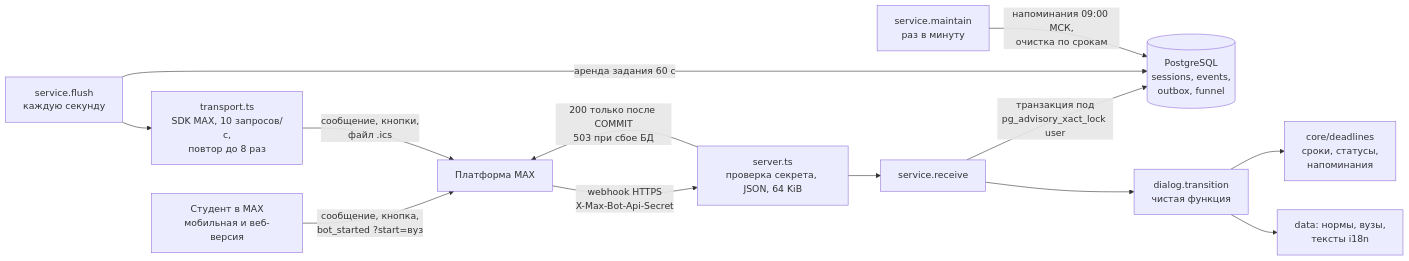
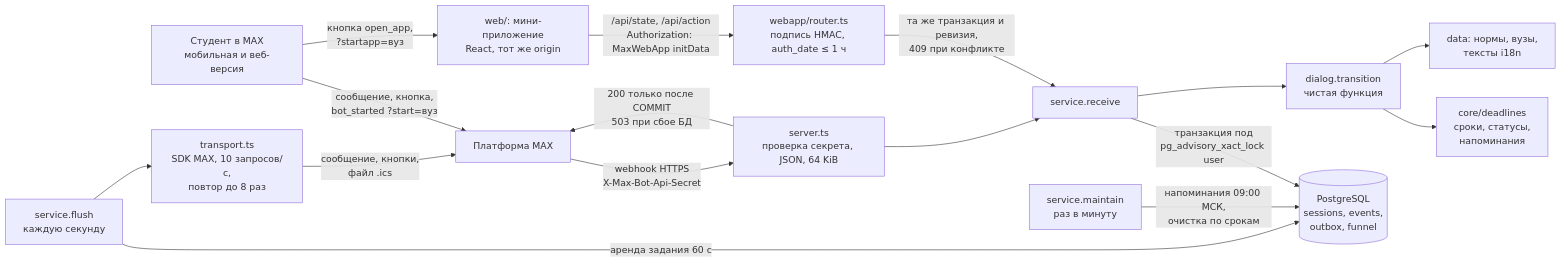
Before and after one commit to Ivana-banana/MAX: the diagram in docs/architecture.md, drawn with Mermaid. The commit also changed 30 other files, not shown here.

````diff
--- a/docs/architecture.md
+++ b/docs/architecture.md
@@ -18,15 +18,18 @@
 ```mermaid
 flowchart LR
     U[Студент в MAX<br/>мобильная и веб-версия] -- сообщение, кнопка,<br/>bot_started ?start=вуз --> MAX[Платформа MAX]
     MAX -- webhook HTTPS<br/>X-Max-Bot-Api-Secret --> S[server.ts<br/>проверка секрета, JSON, 64 KiB]
     S --> P[service.receive]
     P -->|транзакция под<br/>pg_advisory_xact_lock user| DB[(PostgreSQL<br/>sessions, events,<br/>outbox, funnel)]
     P --> D[dialog.transition<br/>чистая функция]
     D --> CORE[core/deadlines<br/>сроки, статусы,<br/>напоминания]
     D --> DATA[data: нормы, вузы,<br/>тексты i18n]
     S -- 200 только после COMMIT<br/>503 при сбое БД --> MAX
     Q[service.flush<br/>каждую секунду] -->|аренда задания 60 с| DB
     Q --> T[transport.ts<br/>SDK MAX, 10 запросов/с,<br/>повтор до 8 раз]
     T -- сообщение, кнопки,<br/>файл .ics --> MAX
     M[service.maintain<br/>раз в минуту] -->|напоминания 09:00 МСК,<br/>очистка по срокам| DB
+    U -- кнопка open_app,<br/>?startapp=вуз --> W[web/: мини-приложение<br/>React, тот же origin]
+    W -- /api/state, /api/action<br/>Authorization: MaxWebApp initData --> R[webapp/router.ts<br/>подпись HMAC, auth_date ≤ 1 ч]
+    R -->|та же транзакция и ревизия,<br/>409 при конфликте| P
 ```
````
